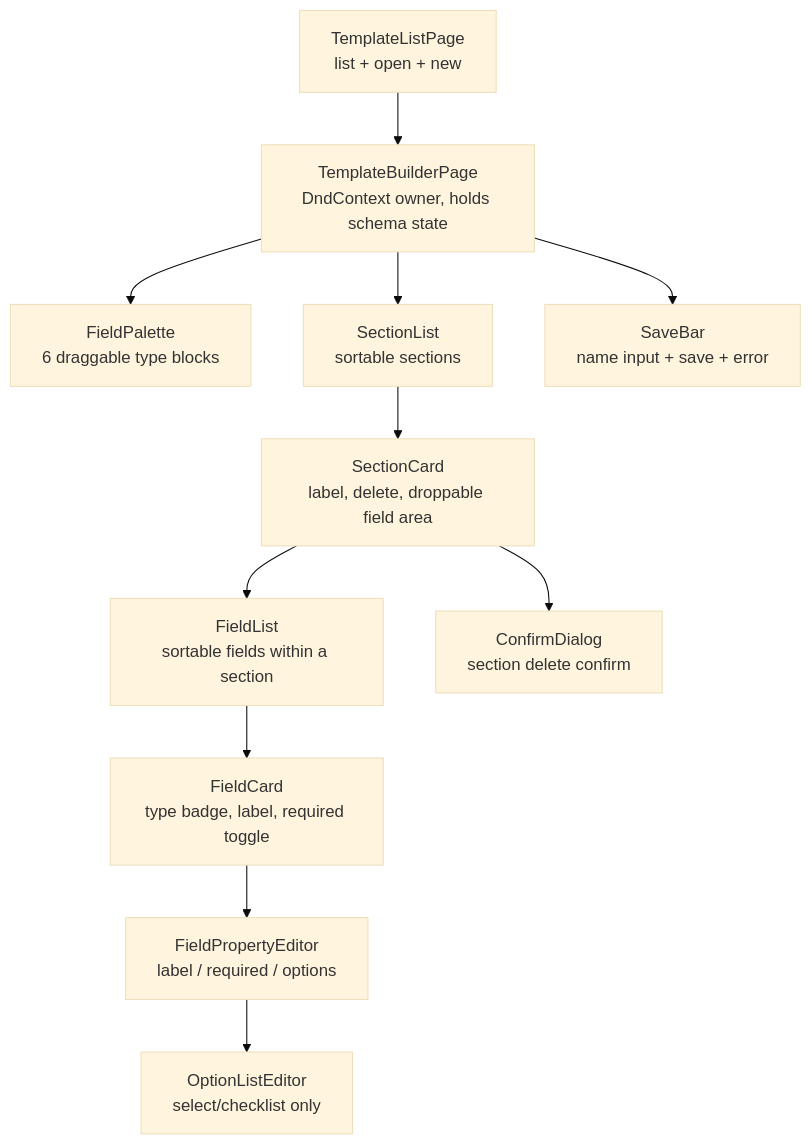
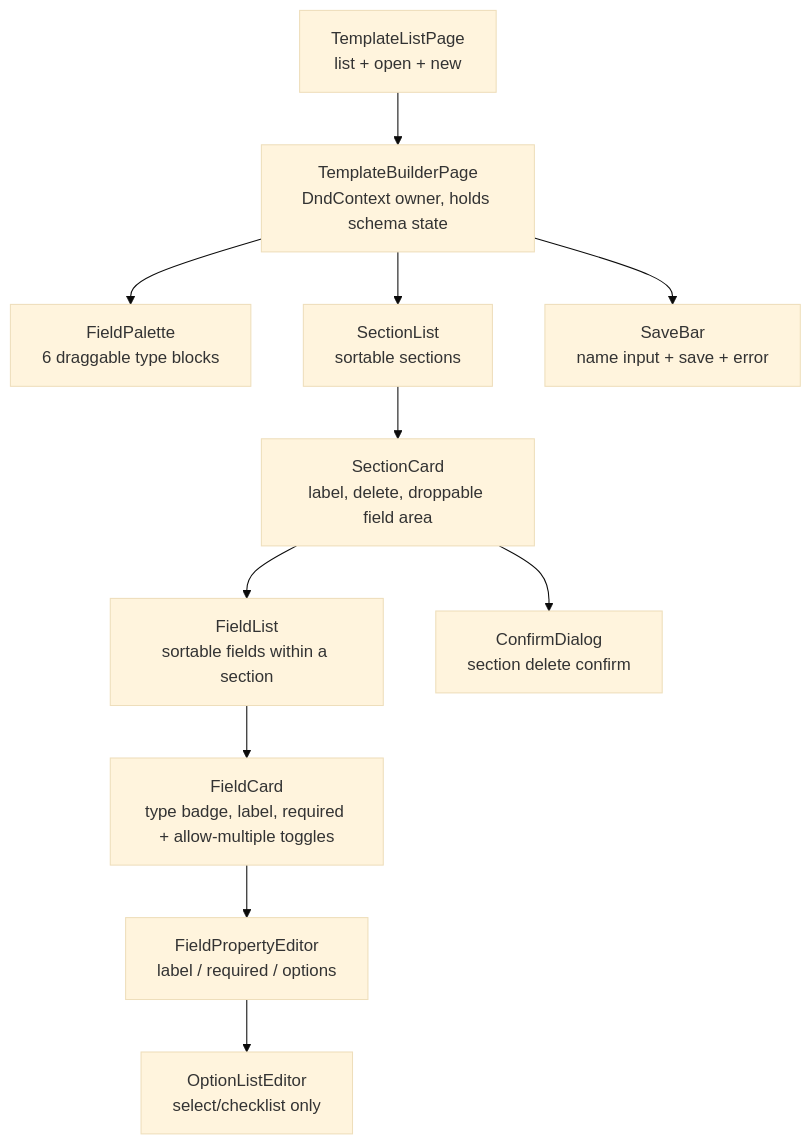
Before and after one commit to LucasChen1108/Report-Mate: the second of 2 diagrams in .kiro/specs/template-builder/design.md, drawn with Mermaid (base theme). The commit also changed other lines of this file and 6 other files, not shown here.

First line of the commit message:
Template builder: add allowMultiple field flag (multi-value fields)

````diff
--- a/.kiro/specs/template-builder/design.md
+++ b/.kiro/specs/template-builder/design.md
@@ -83,25 +85,25 @@
 ```mermaid
 flowchart TD
     TemplateListPage["TemplateListPage<br/>list + open + new"]
     TemplateBuilderPage["TemplateBuilderPage<br/>DndContext owner, holds schema state"]
     Palette["FieldPalette<br/>6 draggable type blocks"]
     SectionList["SectionList<br/>sortable sections"]
     SectionCard["SectionCard<br/>label, delete, droppable field area"]
     FieldList["FieldList<br/>sortable fields within a section"]
-    FieldCard["FieldCard<br/>type badge, label, required toggle"]
+    FieldCard["FieldCard<br/>type badge, label, required + allow-multiple toggles"]
     FieldEditor["FieldPropertyEditor<br/>label / required / options"]
     OptionEditor["OptionListEditor<br/>select/checklist only"]
     SaveBar["SaveBar<br/>name input + save + error"]
     ConfirmDialog["ConfirmDialog<br/>section delete confirm"]
 
     TemplateListPage --> TemplateBuilderPage
     TemplateBuilderPage --> Palette
     TemplateBuilderPage --> SectionList
     TemplateBuilderPage --> SaveBar
     SectionList --> SectionCard
     SectionCard --> FieldList
     SectionCard --> ConfirmDialog
     FieldList --> FieldCard
     FieldCard --> FieldEditor
     FieldEditor --> OptionEditor
 ```
````
